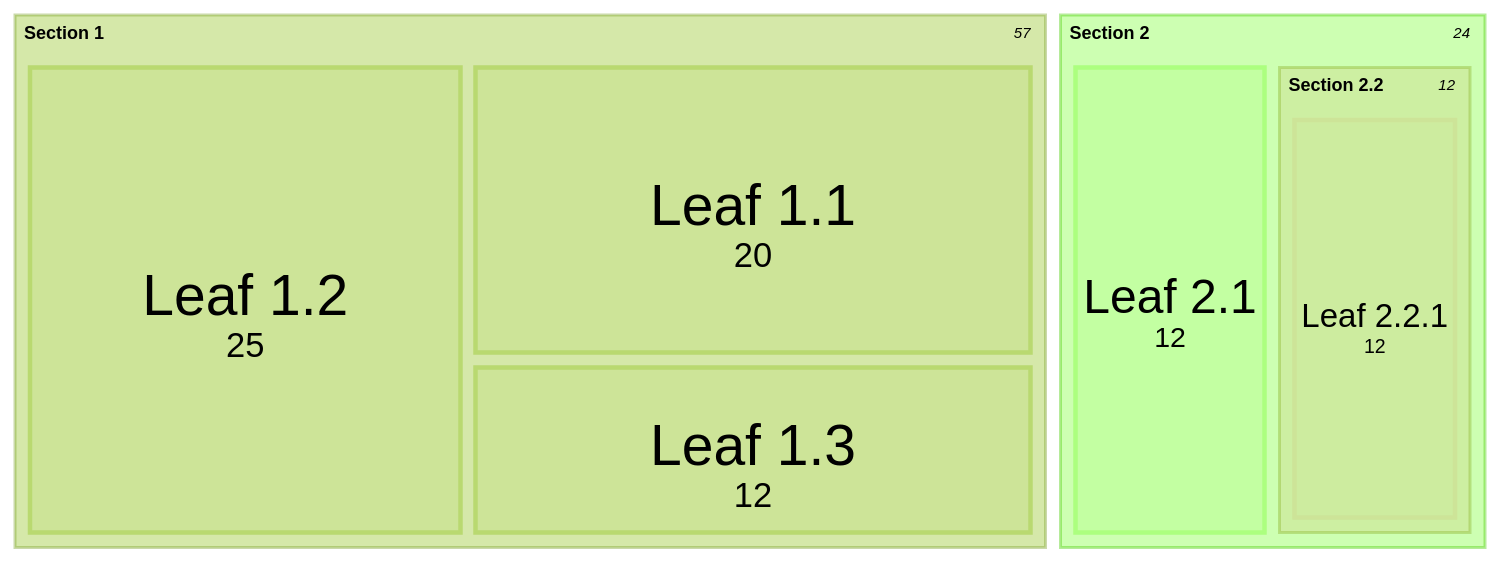
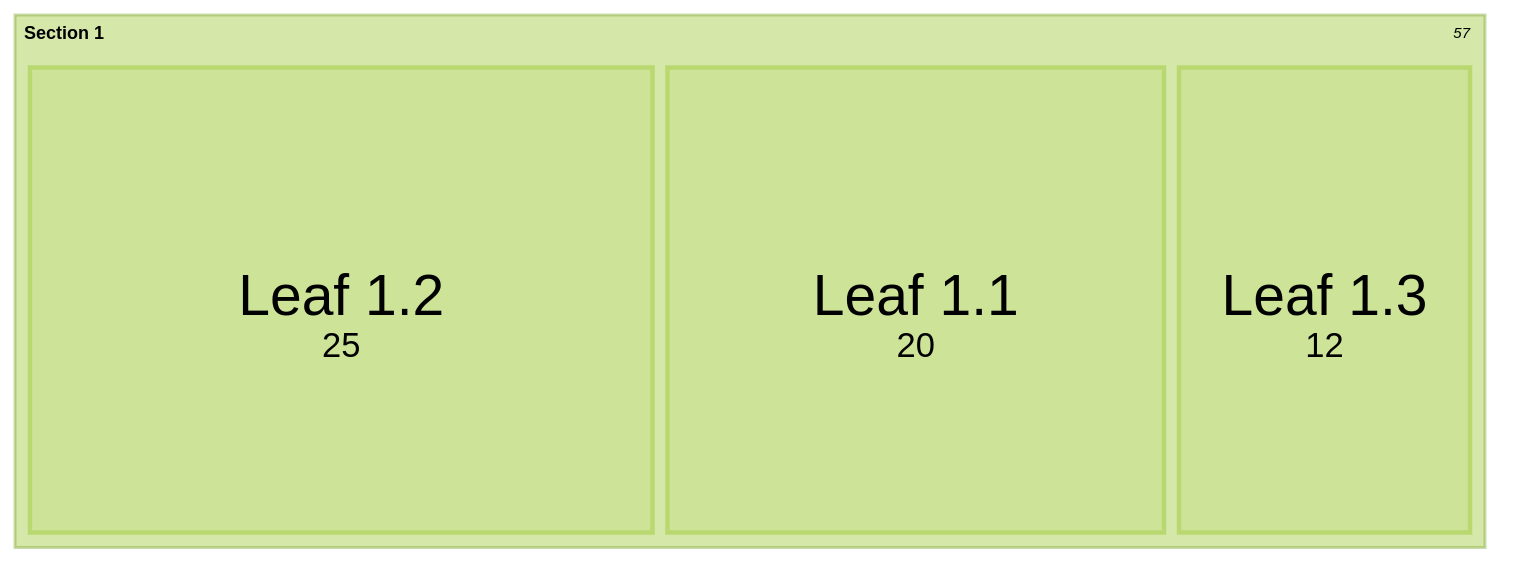
One commit to hobby-pc2026/linux-install changed the diagram in linux-install-02.md. Above: the diagram before and after it, drawn with Mermaid (forest theme).

````diff
--- a/linux-install-02.md
+++ b/linux-install-02.md
@@ -3,11 +3,11 @@
 ```mermaid
 treemap-beta
 "Section 2"
-    "Leaf 2.1": 12
+    "Leaf 2.1":::class1
     "Section 2.2":::class1
-      "Leaf 2.2.1": 12
+    "Leaf 2.2.1":::class1
 "Section 1"
     "Leaf 1.1": 20:::class1
     "Leaf 1.2": 25
     "Leaf 1.3": 12
 ```
````
